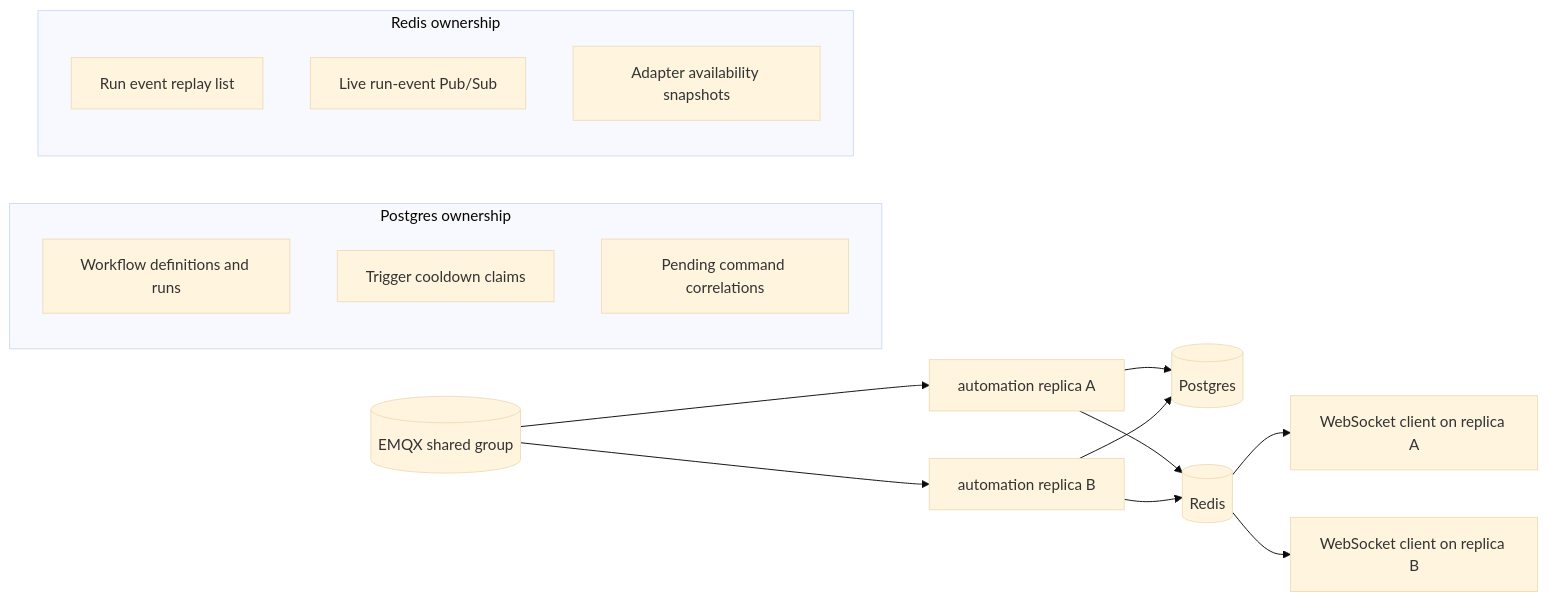
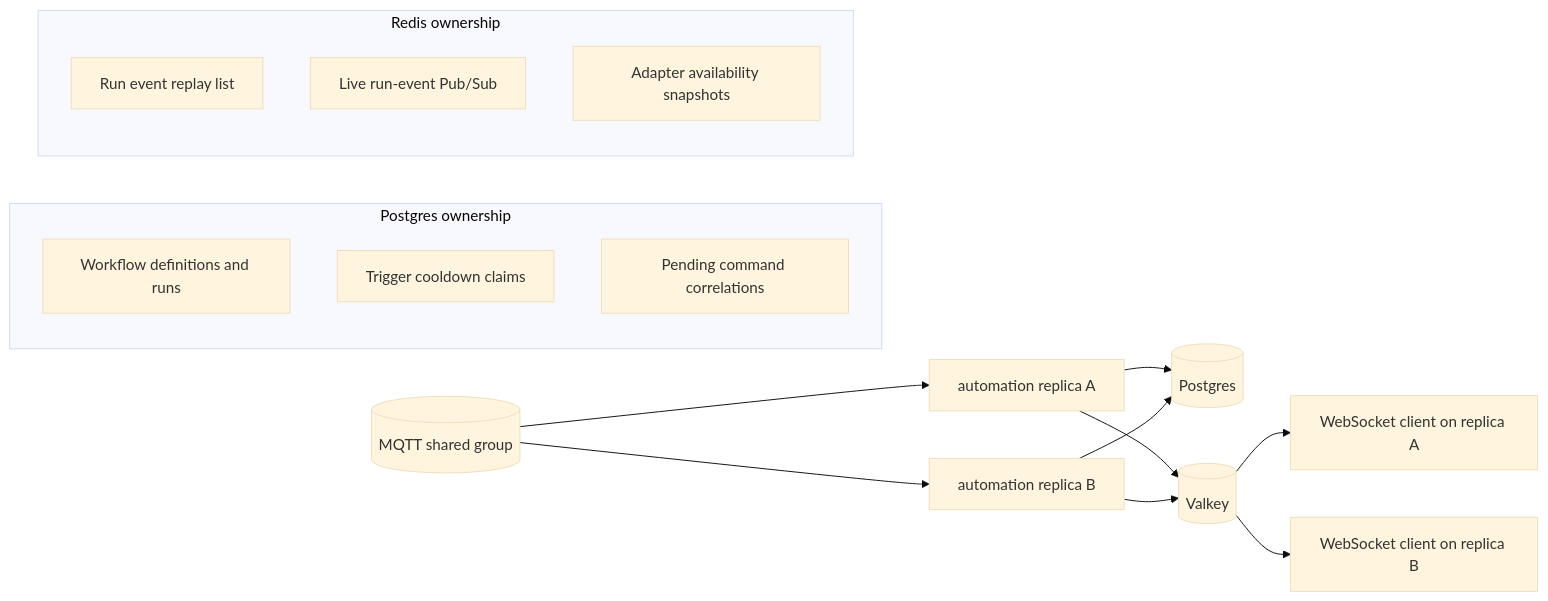
The fourth of 5 diagrams in doc/mqtt_architecture.md (PetoAdam/homenavi), drawn with Mermaid (base theme) before and after one commit. The commit also changed other lines of this file and 72 other files, not shown here.

````diff
--- a/doc/mqtt_architecture.md
+++ b/doc/mqtt_architecture.md
@@ -97,23 +97,23 @@
 ```mermaid
 flowchart LR
-        MQTT[(EMQX shared group)] --> AUTO1[automation replica A]
+        MQTT[(MQTT shared group)] --> AUTO1[automation replica A]
         MQTT --> AUTO2[automation replica B]
         AUTO1 --> PG[(Postgres)]
         AUTO2 --> PG
-        AUTO1 --> REDIS[(Redis)]
+        AUTO1 --> REDIS[(Valkey)]
         AUTO2 --> REDIS
         REDIS --> WS1[WebSocket client on replica A]
         REDIS --> WS2[WebSocket client on replica B]
 
         subgraph Postgres ownership
             PG1[Workflow definitions and runs]
             PG2[Trigger cooldown claims]
             PG3[Pending command correlations]
         end
 
         subgraph Redis ownership
             R1[Run event replay list]
             R2[Live run-event Pub/Sub]
             R3[Adapter availability snapshots]
         end
 ```
````
